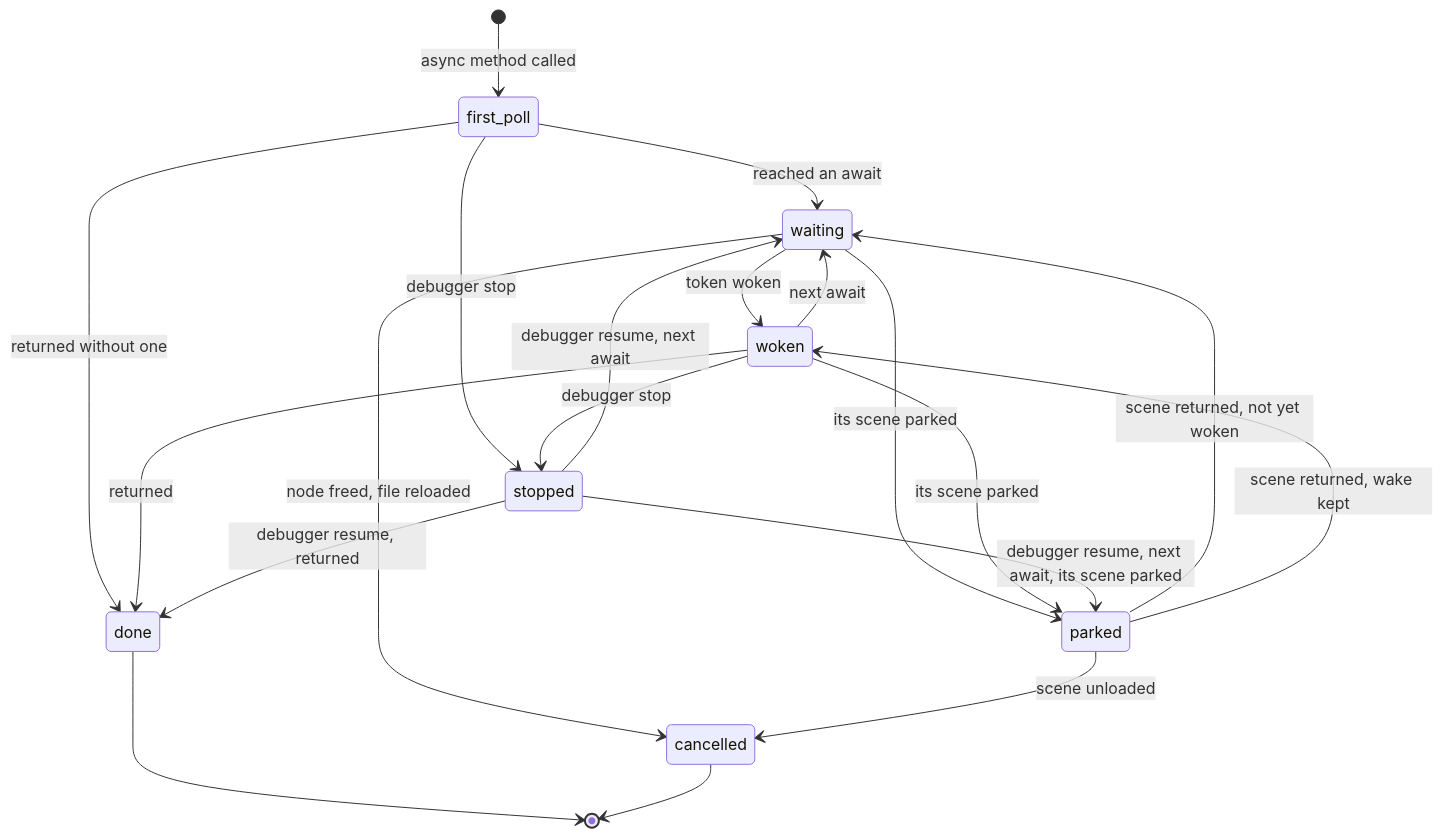
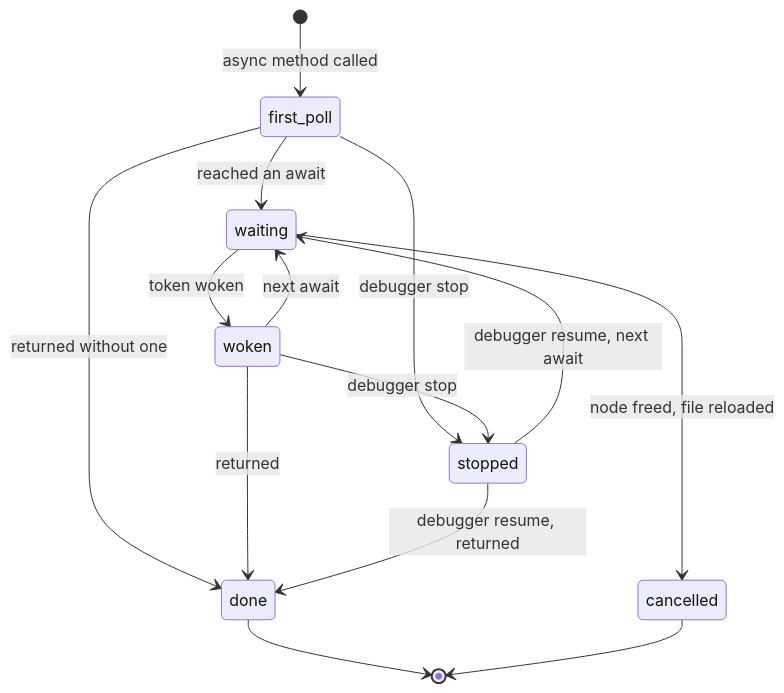
The ninth of 11 diagrams in docs/LIFECYCLE.md (balaurengine/balaur), drawn with Mermaid before and after one commit. The commit also changed other lines of this file and 187 other files, not shown here.

````diff
--- a/docs/LIFECYCLE.md
+++ b/docs/LIFECYCLE.md
@@ -414,22 +402,16 @@
 ```mermaid
 stateDiagram-v2
     [*] --> first_poll: async method called
     first_poll --> waiting: reached an await
     first_poll --> done: returned without one
     waiting --> woken: token woken
     woken --> waiting: next await
     woken --> done: returned
-    waiting --> parked: its scene parked
-    woken --> parked: its scene parked
-    parked --> waiting: scene returned, not yet woken
-    parked --> woken: scene returned, wake kept
     waiting --> cancelled: node freed, file reloaded
-    parked --> cancelled: scene unloaded
     first_poll --> stopped: debugger stop
     woken --> stopped: debugger stop
     stopped --> waiting: debugger resume, next await
     stopped --> done: debugger resume, returned
-    stopped --> parked: debugger resume, next await, its scene parked
     done --> [*]
     cancelled --> [*]
 ```
````
